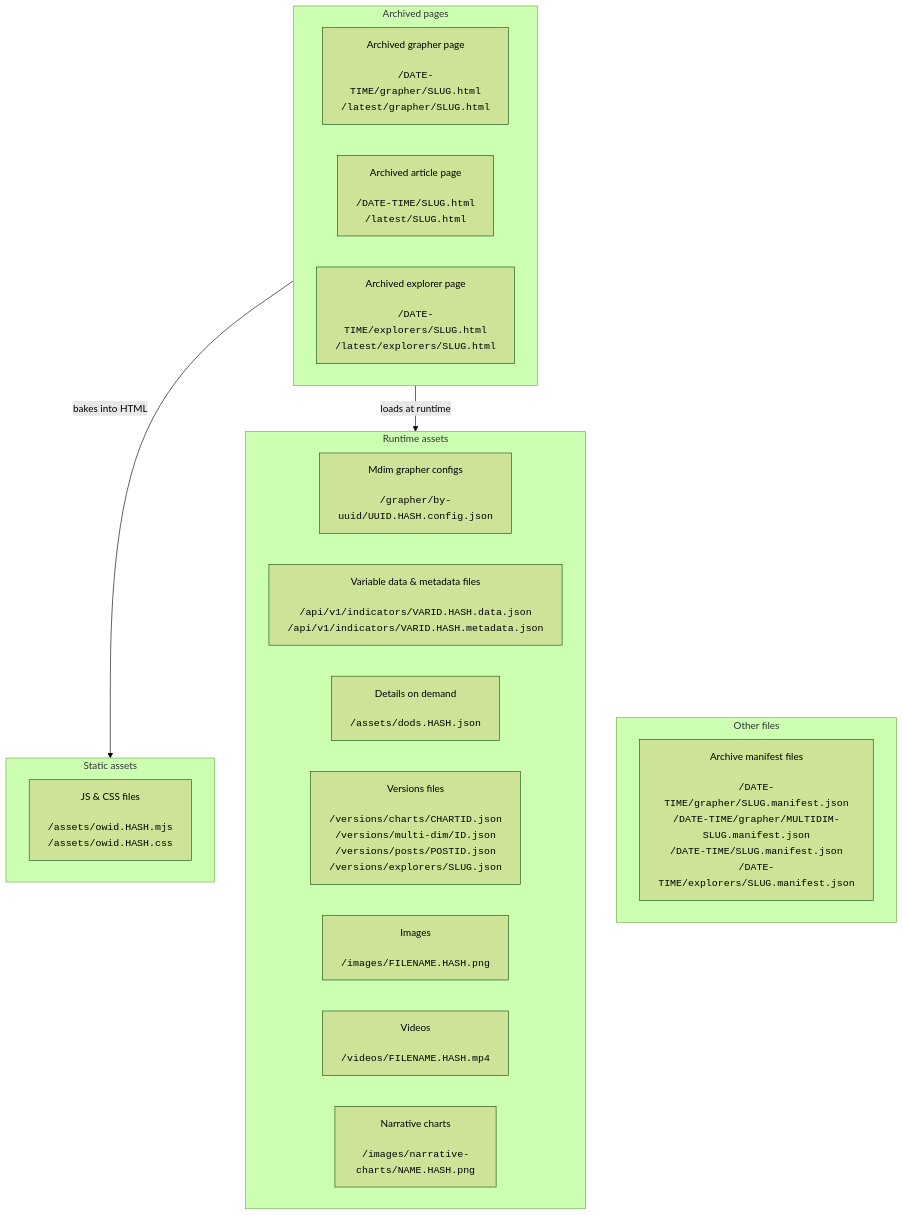
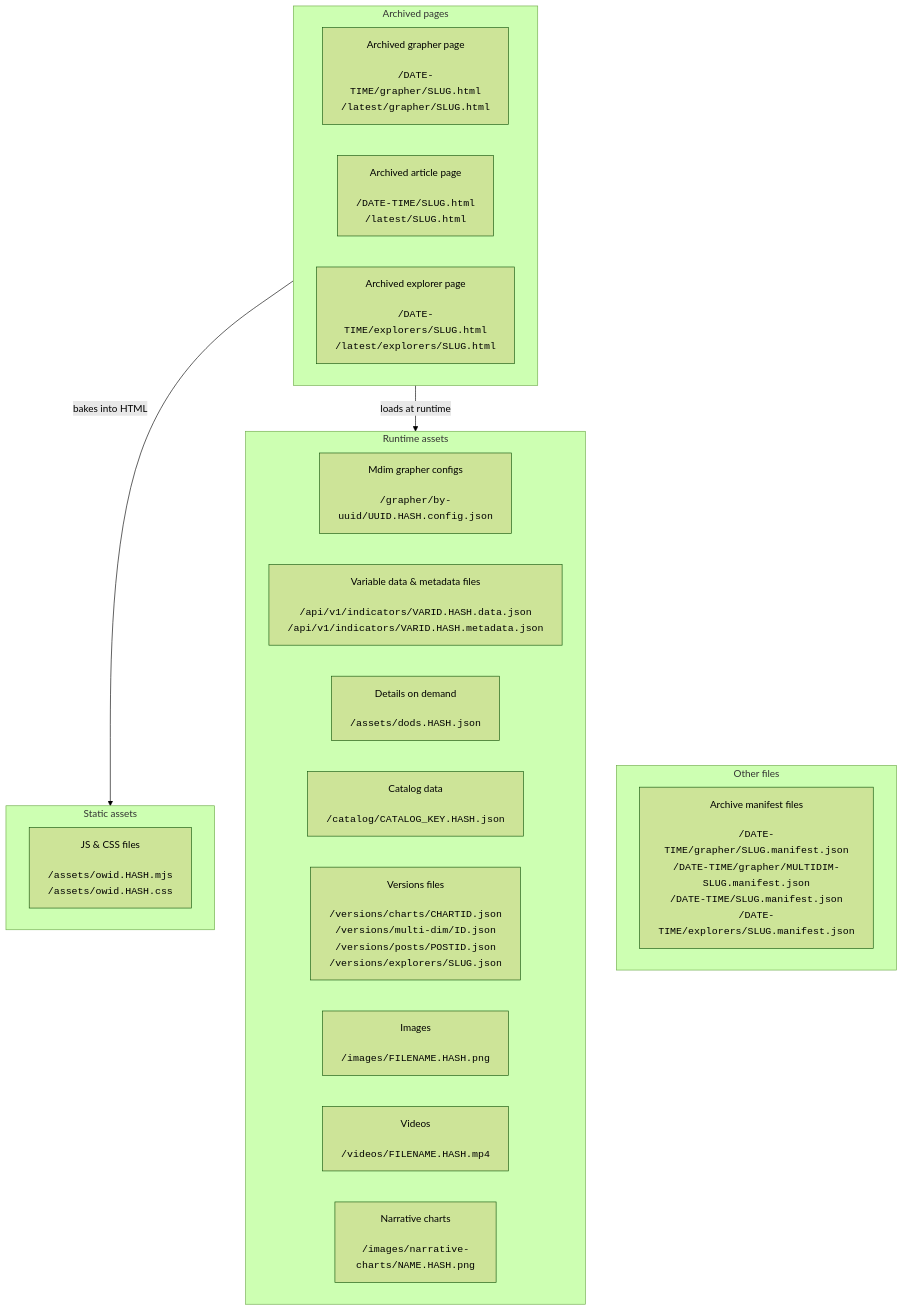
Before and after one commit to owid/owid-grapher: the diagram in baker/archival/README.md, drawn with Mermaid (forest theme). The commit also changed other lines of this file and 8 other files, not shown here.

````diff
--- a/baker/archival/README.md
+++ b/baker/archival/README.md
@@ -9,26 +9,27 @@
 ```mermaid
 flowchart TD
  subgraph static["Static assets"]
         assets["JS & CSS files<br><br><code>/assets/owid.HASH.mjs</code><br><code>/assets/owid.HASH.css</code>"]
   end
  subgraph runtime["Runtime assets"]
         configs["Mdim grapher configs<br><br><code>/grapher/by-uuid/UUID.HASH.config.json</code>"]
         vars["Variable data &amp; metadata files<br><br><code>/api/v1/indicators/VARID.HASH.data.json</code><br><code>/api/v1/indicators/VARID.HASH.metadata.json</code>"]
         dods["Details on demand<br><br><code>/assets/dods.HASH.json</code>"]
+        catalog["Catalog data<br><br><code>/catalog/CATALOG_KEY.HASH.json</code>"]
         versions["Versions files<br><br><code>/versions/charts/CHARTID.json</code><br><code>/versions/multi-dim/ID.json</code><br><code>/versions/posts/POSTID.json</code><br><code>/versions/explorers/SLUG.json</code>"]
         images["Images<br><br><code>/images/FILENAME.HASH.png</code>"]
         videos["Videos<br><br><code>/videos/FILENAME.HASH.mp4</code>"]
         narrative["Narrative charts<br><br><code>/images/narrative-charts/NAME.HASH.png</code>"]
   end
   subgraph other["Other files"]
     manifests["Archive manifest files<br><br><code>/DATE-TIME/grapher/SLUG.manifest.json</code><br><code>/DATE-TIME/grapher/MULTIDIM-SLUG.manifest.json</code><br><code>/DATE-TIME/SLUG.manifest.json</code><br><code>/DATE-TIME/explorers/SLUG.manifest.json</code>"]
   end
   subgraph archived["Archived pages"]
     page["Archived grapher page<br><br><code>/DATE-TIME/grapher/SLUG.html</code><br><code>/latest/grapher/SLUG.html</code>"]
     article["Archived article page<br><br><code>/DATE-TIME/SLUG.html</code><br><code>/latest/SLUG.html</code>"]
     explorer["Archived explorer page<br><br><code>/DATE-TIME/explorers/SLUG.html</code><br><code>/latest/explorers/SLUG.html</code>"]
   end
     archived -- bakes into HTML --> static
     archived -- loads at runtime --> runtime
     archived ~~~ other
 ```
````
